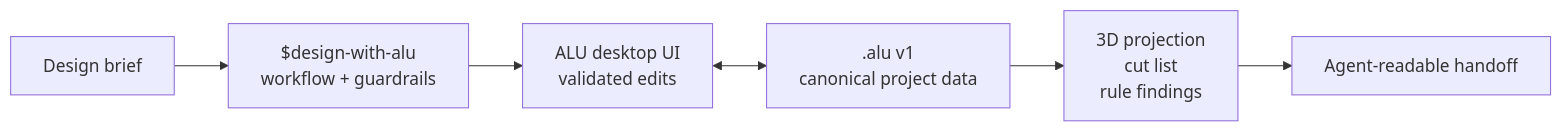
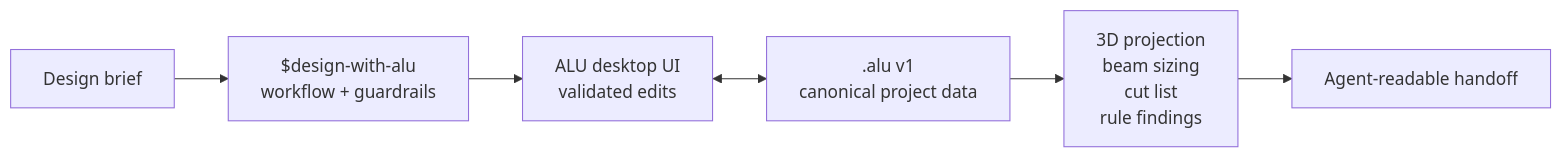
One commit to OWRIG/alu changed the diagram in README.md. Above: the diagram before and after it, drawn with Mermaid. The commit also changed other lines of this file and 55 other files, not shown here.

````diff
--- a/README.md
+++ b/README.md
@@ -22,8 +23,8 @@
 ```mermaid
 flowchart LR
   A["Design brief"] --> B["$design-with-alu<br/>workflow + guardrails"]
   B --> C["ALU desktop UI<br/>validated edits"]
   C <--> D[".alu v1<br/>canonical project data"]
-  D --> E["3D projection<br/>cut list<br/>rule findings"]
+  D --> E["3D projection<br/>beam sizing<br/>cut list<br/>rule findings"]
   E --> F["Agent-readable handoff"]
 ```
````
